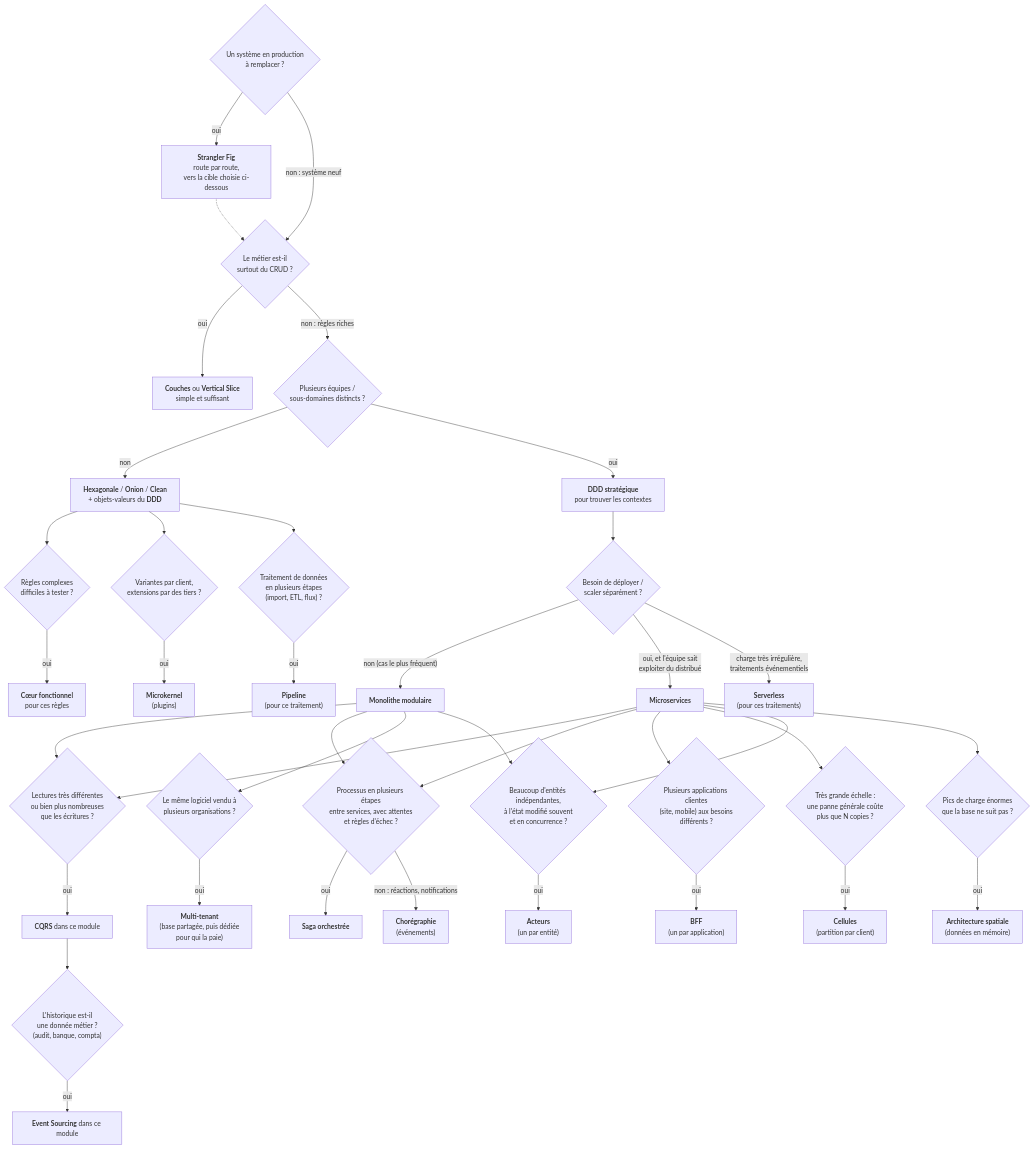
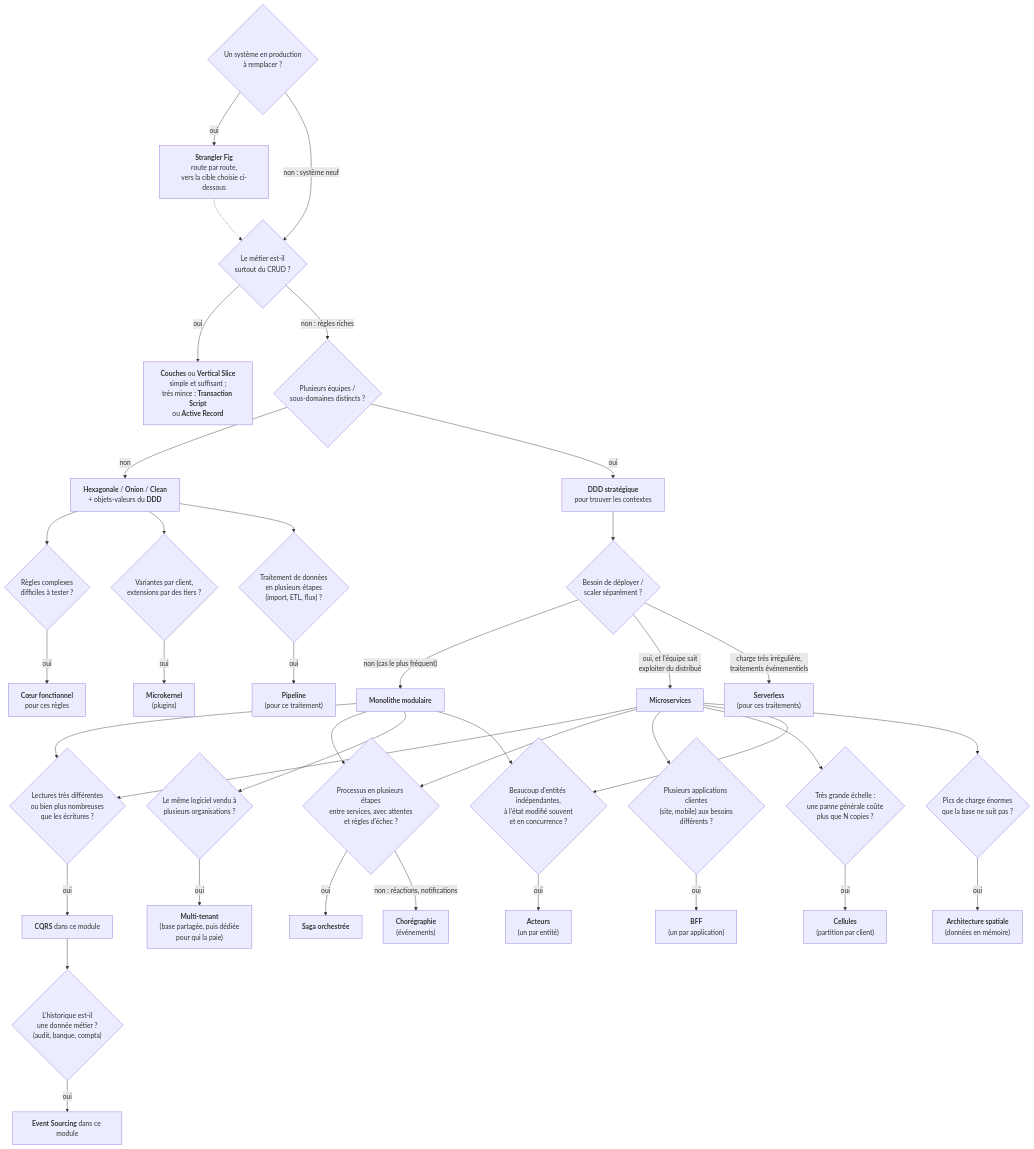
The third of 4 diagrams in Docs/README.md (drangoht/ArchitecturesDemo), drawn with Mermaid before and after one commit. The commit also changed other lines of this file and 55 other files, not shown here.

First line of the commit message:
Demo 25: Transaction Script and Active Record (the starting point)

````diff
--- a/Docs/README.md
+++ b/Docs/README.md
@@ -148,40 +150,40 @@
 ```mermaid
 flowchart TD
     SF{"Un système en production<br/>à remplacer ?"} -->|oui| SG["<b>Strangler Fig</b><br/>route par route,<br/>vers la cible choisie ci-dessous"]
     SF -->|"non : système neuf"| A
     SG -.-> A
-    A{"Le métier est-il<br/>surtout du CRUD ?"} -->|oui| B["<b>Couches</b> ou <b>Vertical Slice</b><br/>simple et suffisant"]
+    A{"Le métier est-il<br/>surtout du CRUD ?"} -->|oui| B["<b>Couches</b> ou <b>Vertical Slice</b><br/>simple et suffisant ;<br/>très mince : <b>Transaction Script</b><br/>ou <b>Active Record</b>"]
     A -->|"non : règles riches"| C{"Plusieurs équipes /<br/>sous-domaines distincts ?"}
     C -->|non| D["<b>Hexagonale</b> / <b>Onion</b> / <b>Clean</b><br/>+ objets-valeurs du <b>DDD</b>"]
     C -->|oui| E["<b>DDD stratégique</b><br/>pour trouver les contextes"]
     E --> F{"Besoin de déployer /<br/>scaler séparément ?"}
     F -->|"non (cas le plus fréquent)"| G["<b>Monolithe modulaire</b>"]
     F -->|"oui, et l'équipe sait<br/>exploiter du distribué"| H["<b>Microservices</b>"]
     F -->|"charge très irrégulière,<br/>traitements événementiels"| S["<b>Serverless</b><br/>(pour ces traitements)"]
     G --> I{"Lectures très différentes<br/>ou bien plus nombreuses<br/>que les écritures ?"}
     H --> I
     I -->|oui| J["<b>CQRS</b> dans ce module"]
     J --> K{"L'historique est-il<br/>une donnée métier ?<br/>(audit, banque, compta)"}
     K -->|oui| L["<b>Event Sourcing</b> dans ce module"]
     D --> M{"Règles complexes<br/>difficiles à tester ?"}
     M -->|oui| N["<b>Cœur fonctionnel</b><br/>pour ces règles"]
     D --> P{"Variantes par client,<br/>extensions par des tiers ?"}
     P -->|oui| Q["<b>Microkernel</b><br/>(plugins)"]
     D --> PL{"Traitement de données<br/>en plusieurs étapes<br/>(import, ETL, flux) ?"}
     PL -->|oui| PM["<b>Pipeline</b><br/>(pour ce traitement)"]
     H --> T{"Processus en plusieurs étapes<br/>entre services, avec attentes<br/>et règles d'échec ?"}
     G --> T
     T -->|oui| U["<b>Saga orchestrée</b>"]
     T -->|"non : réactions, notifications"| V["<b>Chorégraphie</b><br/>(événements)"]
     G --> W{"Le même logiciel vendu à<br/>plusieurs organisations ?"}
     W -->|oui| X["<b>Multi-tenant</b><br/>(base partagée, puis dédiée<br/>pour qui la paie)"]
     H --> Y{"Plusieurs applications clientes<br/>(site, mobile) aux besoins<br/>différents ?"}
     Y -->|oui| Z["<b>BFF</b><br/>(un par application)"]
     H --> CA{"Très grande échelle :<br/>une panne générale coûte<br/>plus que N copies ?"}
     CA -->|oui| CB["<b>Cellules</b><br/>(partition par client)"]
     G --> AC{"Beaucoup d'entités indépendantes,<br/>à l'état modifié souvent<br/>et en concurrence ?"}
     H --> AC
     AC -->|oui| AD["<b>Acteurs</b><br/>(un par entité)"]
     H --> SB{"Pics de charge énormes<br/>que la base ne suit pas ?"}
     SB -->|oui| SC["<b>Architecture spatiale</b><br/>(données en mémoire)"]
 ```
````
